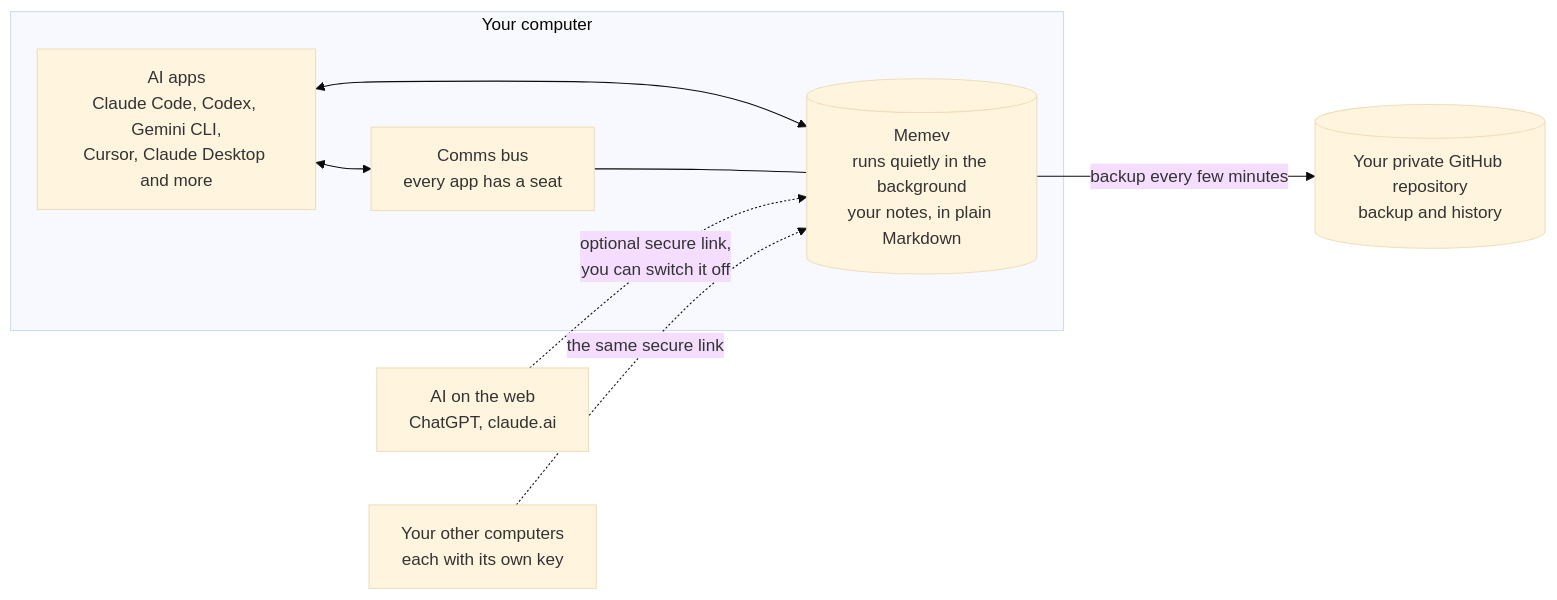
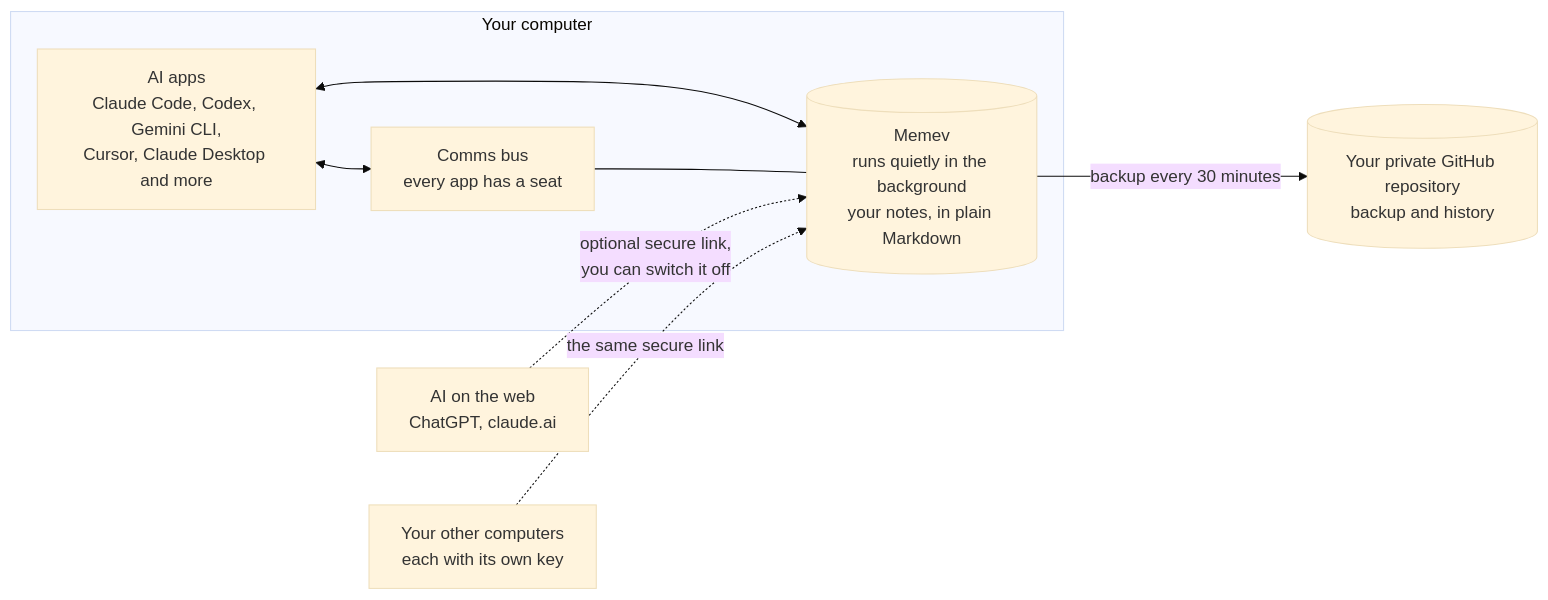
Before and after one commit to mgillr/memev: the first of 2 diagrams in README.md, drawn with Mermaid (base theme). The commit also changed 3 other files, not shown here.

Commit message:
I say every 30 minutes in the backup copy, matching the default sync interval

````diff
--- a/README.md
+++ b/README.md
@@ -13,17 +13,17 @@
 ```mermaid
 flowchart LR
     subgraph computer["Your computer"]
         apps["AI apps<br/>Claude Code, Codex, Gemini CLI,<br/>Cursor, Claude Desktop and more"]
         vault[("Memev<br/>runs quietly in the background<br/>your notes, in plain Markdown")]
         bus["Comms bus<br/>every app has a seat"]
         apps <--> vault
         apps <--> bus
         bus --- vault
     end
     github[("Your private GitHub repository<br/>backup and history")]
     cloud["AI on the web<br/>ChatGPT, claude.ai"]
     laptop["Your other computers<br/>each with its own key"]
-    vault -- "backup every few minutes" --> github
+    vault -- "backup every 30 minutes" --> github
     cloud -. "optional secure link,<br/>you can switch it off" .-> vault
     laptop -. "the same secure link" .-> vault
 ```
````
